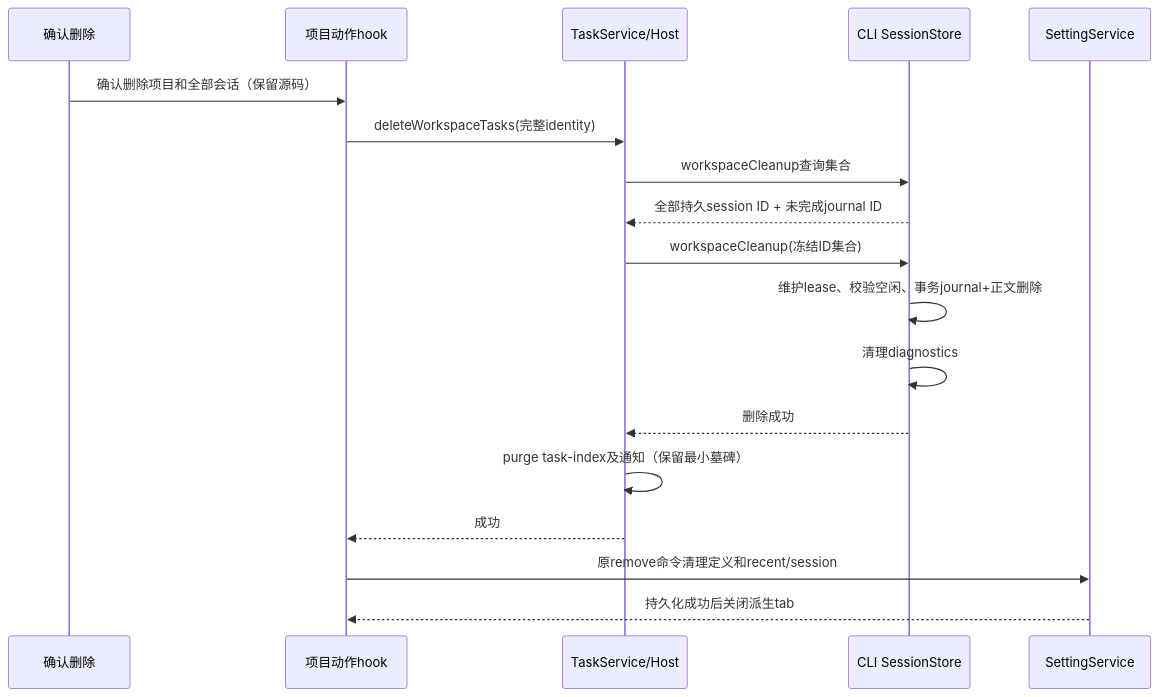
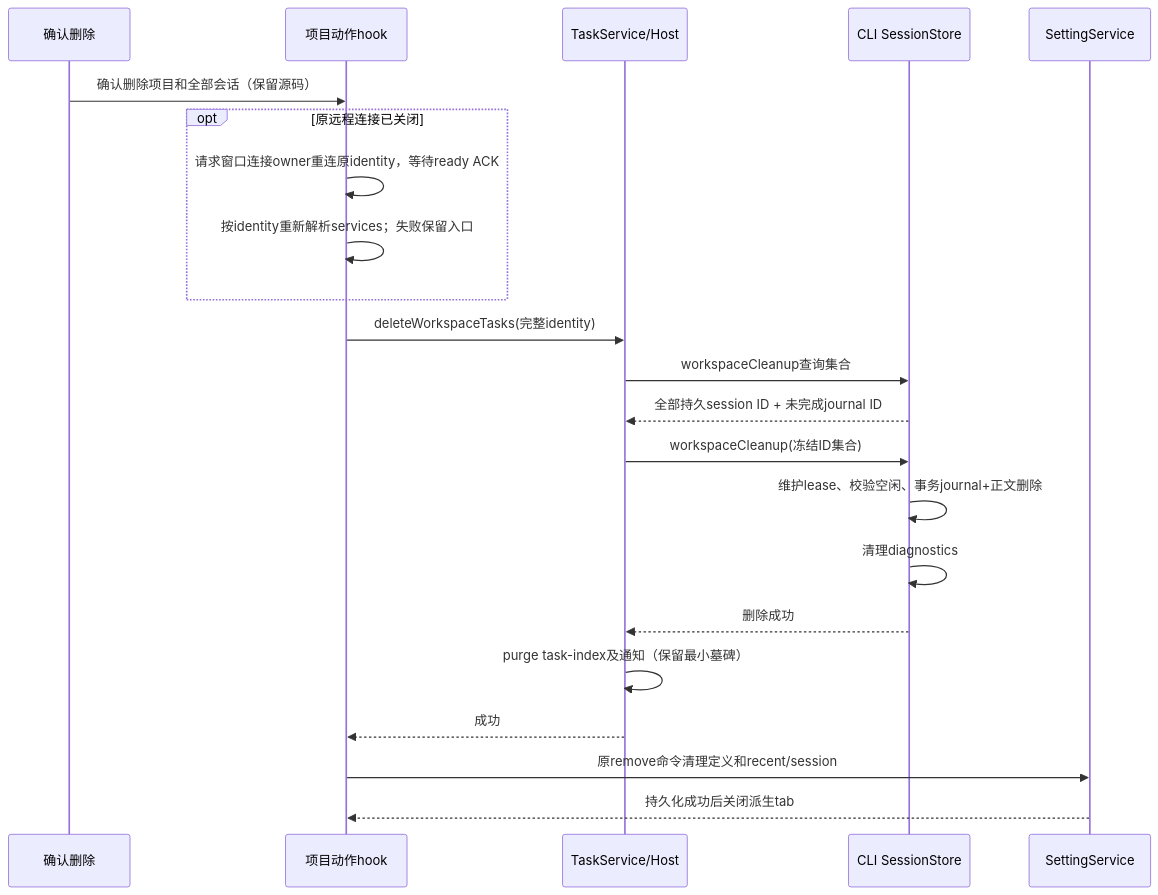
The second of 2 diagrams in specs/project-delete-and-archive.md (lemonllhon/Code), drawn with Mermaid before and after one commit. The commit also changed other lines of this file and 33 other files, not shown here.

````diff
--- a/specs/project-delete-and-archive.md
+++ b/specs/project-delete-and-archive.md
@@ -47,20 +52,24 @@
 ```mermaid
 sequenceDiagram
   participant U as 确认删除
   participant H as 项目动作hook
   participant T as TaskService/Host
   participant C as CLI SessionStore
   participant S as SettingService
   U->>H: 确认删除项目和全部会话（保留源码）
+  opt 原远程连接已关闭
+    H->>H: 请求窗口连接owner重连原identity，等待ready ACK
+    H->>H: 按identity重新解析services；失败保留入口
+  end
   H->>T: deleteWorkspaceTasks(完整identity)
   T->>C: workspaceCleanup查询集合
   C-->>T: 全部持久session ID + 未完成journal ID
   T->>C: workspaceCleanup(冻结ID集合)
   C->>C: 维护lease、校验空闲、事务journal+正文删除
   C->>C: 清理diagnostics
   C-->>T: 删除成功
   T->>T: purge task-index及通知（保留最小墓碑）
   T-->>H: 成功
   H->>S: 原remove命令清理定义和recent/session
   S-->>H: 持久化成功后关闭派生tab
 ```
````
